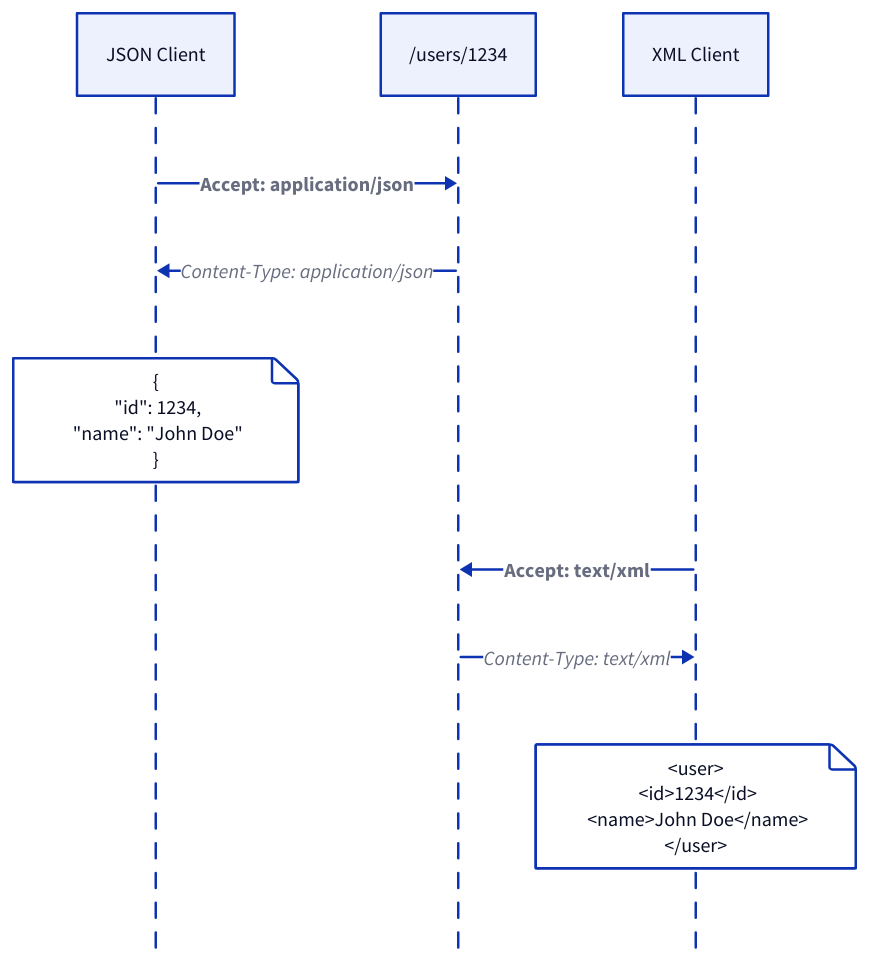
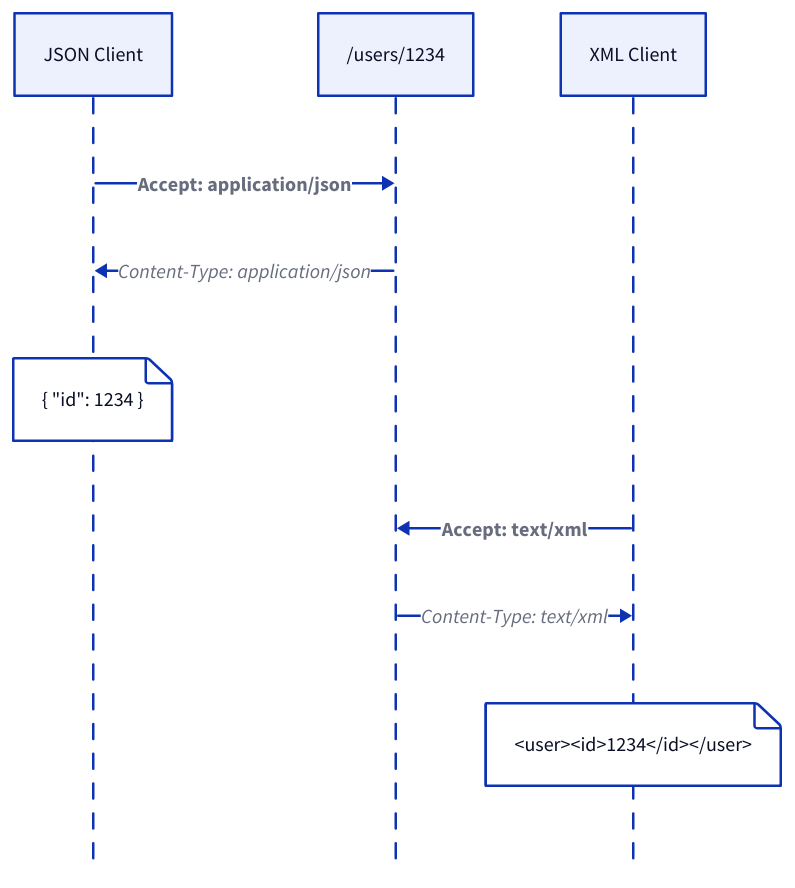
One commit to link1905/system-design-101 changed the eighth of 9 diagrams in content/docs/web-service/api-design/_index.md. Above: the diagram before and after it, drawn with D2. The commit also changed other lines of this file and 49 other files, not shown here.

````diff
--- a/content/docs/web-service/api-design/_index.md
+++ b/content/docs/web-service/api-design/_index.md
@@ -358,32 +362,22 @@
 ```d2
 shape: sequence_diagram
 jc: JSON Client
 p: "/users/1234" {
     class: server
 }
 xc: XML Client
 jc -> p: "Accept: application/json" {
    style.bold: true
 }
 p -> jc: "Content-Type: application/json"
 jc {
-   json: |||json
-   {
-       "id": 1234,
-       "name": "John Doe"
-   }
-   |||
+   '{ "id": 1234 }'
 }
 xc -> p: "Accept: text/xml" {
    style.bold: true
 }
 p -> xc: "Content-Type: text/xml"
 xc {
-   xml: |||xml
-   <user>
-       <id>1234</id>
-       <name>John Doe</name>
-   </user>
-   |||
+   "<user><id>1234</id></user>"
 }
 ```
````
